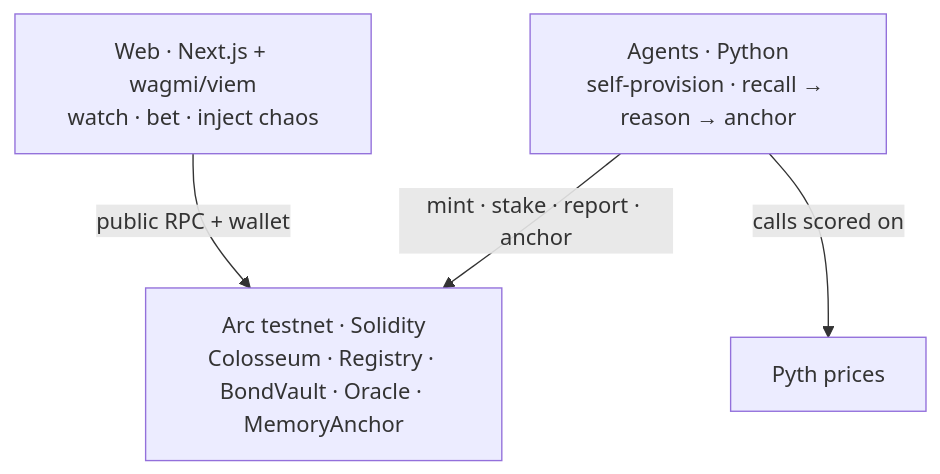
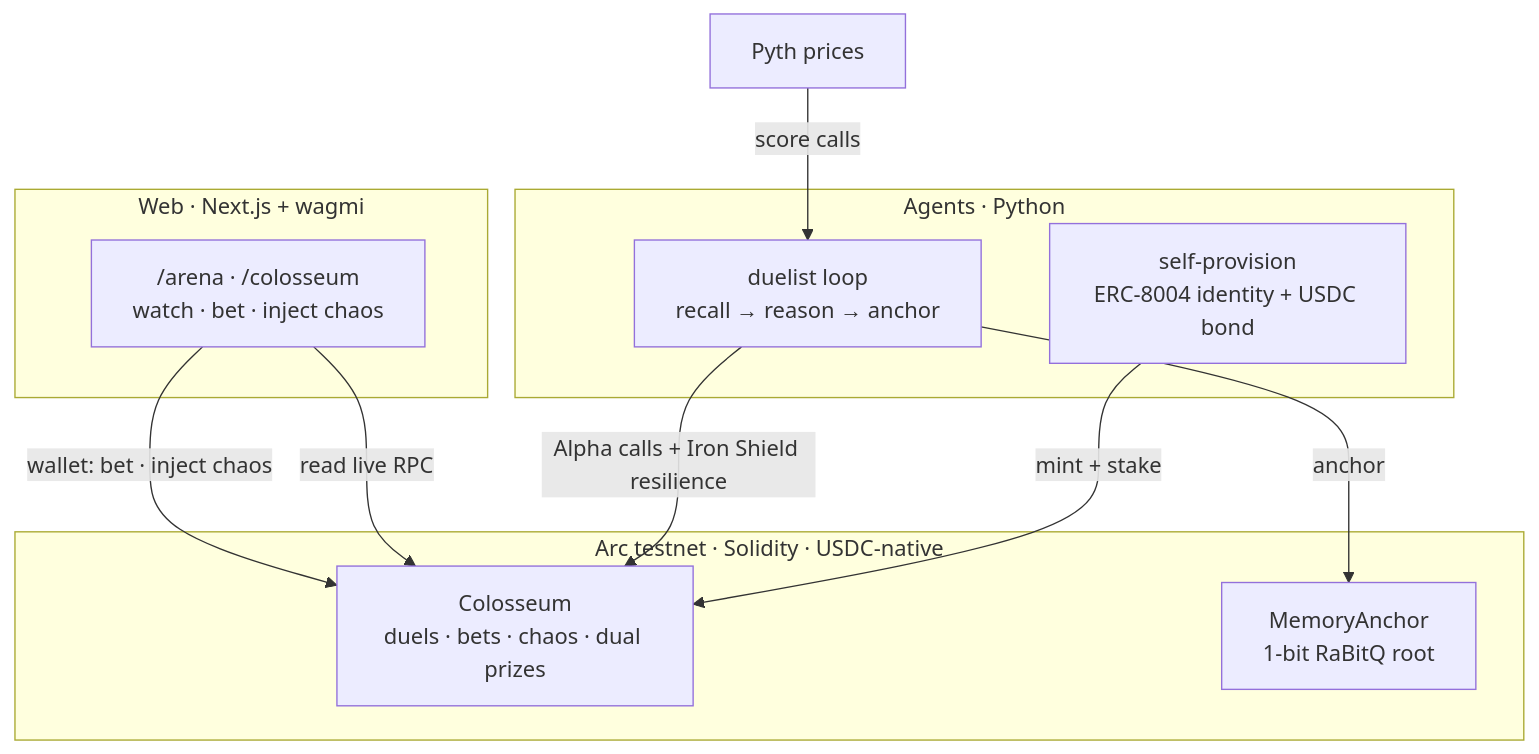
One commit to LingSiewWin/arcane changed the diagram in README.md. Above: the diagram before and after it, drawn with Mermaid. The commit also changed 1 other file, not shown here.

Commit message:
docs: refine architecture diagram to a clean tiered view + higher-res arena shot
Group the mermaid into Web / Agents / Arc tiers with the key components and the
core flow (provision -> stake, duel -> Alpha + Iron Shield, anchor, Pyth scoring,
wallet bet/inject) — high-level, not per-contract. Swap in the 2366x1446 screenshot.

````diff
--- a/README.md
+++ b/README.md
@@ -30,11 +30,22 @@
 ```mermaid
 flowchart TB
-  WEB["Web · Next.js + wagmi/viem<br/>watch · bet · inject chaos"]
-  AGENTS["Agents · Python<br/>self-provision · recall → reason → anchor"]
-  CHAIN["Arc testnet · Solidity<br/>Colosseum · Registry · BondVault · Oracle · MemoryAnchor"]
+  subgraph WEB["Web · Next.js + wagmi"]
+    UI["/arena · /colosseum<br/>watch · bet · inject chaos"]
+  end
+  subgraph PY["Agents · Python"]
+    PROV["self-provision<br/>ERC-8004 identity + USDC bond"]
+    DUEL["duelist loop<br/>recall → reason → anchor"]
+  end
+  subgraph ARC["Arc testnet · Solidity · USDC-native"]
+    COL["Colosseum<br/>duels · bets · chaos · dual prizes"]
+    MEM["MemoryAnchor<br/>1-bit RaBitQ root"]
+  end
   PYTH["Pyth prices"]
 
-  WEB -->|public RPC + wallet| CHAIN
-  AGENTS -->|mint · stake · report · anchor| CHAIN
-  AGENTS -->|calls scored on| PYTH
+  PROV -->|mint + stake| COL
+  DUEL -->|Alpha calls + Iron Shield resilience| COL
+  DUEL -->|anchor| MEM
+  PYTH -->|score calls| DUEL
+  UI -->|read live RPC| COL
+  UI -->|wallet: bet · inject chaos| COL
 ```
````
